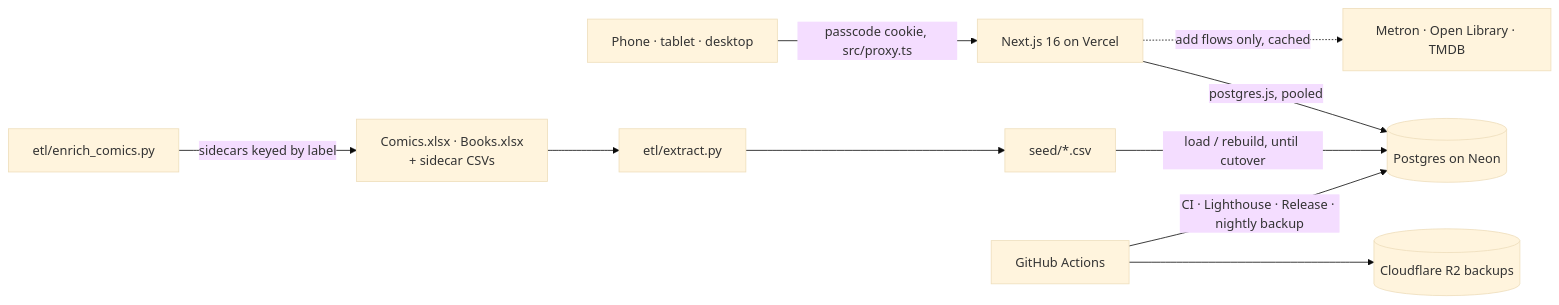
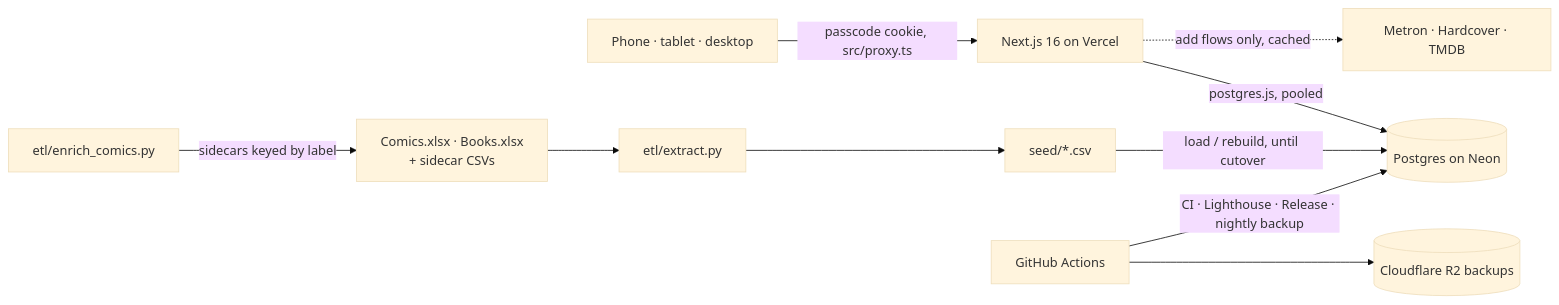
One commit to jtillmanio/ledger changed the diagram in docs/02-architecture.md. Above: the diagram before and after it, drawn with Mermaid (base theme). The commit also changed other lines of this file and 34 other files, not shown here.

````diff
--- a/docs/02-architecture.md
+++ b/docs/02-architecture.md
@@ -28,11 +28,11 @@
 ```mermaid
 flowchart LR
   user[Phone · tablet · desktop] -->|passcode cookie, src/proxy.ts| app[Next.js 16 on Vercel]
   app -->|postgres.js, pooled| db[(Postgres on Neon)]
-  app -. add flows only, cached .-> apis[Metron · Open Library · TMDB]
+  app -. add flows only, cached .-> apis[Metron · Hardcover · TMDB]
   wb[Comics.xlsx · Books.xlsx<br/>+ sidecar CSVs] --> extract[etl/extract.py] --> seed[seed/*.csv]
   seed -->|load / rebuild, until cutover| db
   enrich[etl/enrich_comics.py] -->|sidecars keyed by label| wb
   gha[GitHub Actions] -->|CI · Lighthouse · Release · nightly backup| db
   gha --> r2[(Cloudflare R2 backups)]
 ```
````
